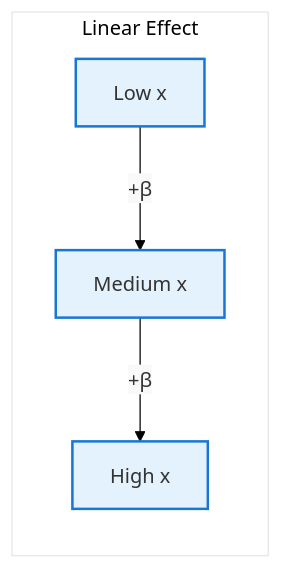
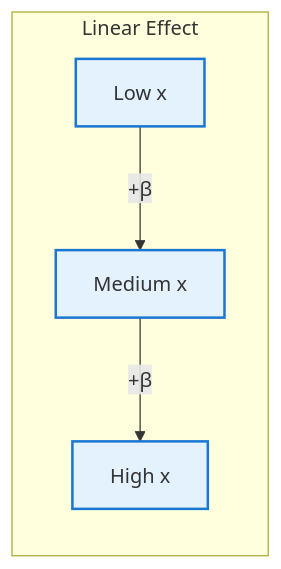
The second of 4 diagrams in 2025-VisML-CSE/slides/week5-white-box.qmd (ctsilva/ctsilva.github.io), drawn with Mermaid before and after one commit. The commit also changed other lines of this file and 1 other file, not shown here.

First line of the commit message:
Fix mermaid diagrams and improve Week 5 white-box slides

````diff
--- a/2025-VisML-CSE/slides/week5-white-box.qmd
+++ b/2025-VisML-CSE/slides/week5-white-box.qmd
@@ -431,11 +486,10 @@
 ```{mermaid}
-%%{init: {'theme':'base', 'themeVariables': { 'primaryColor':'#f9f9f9', 'primaryBorderColor':'#333', 'primaryTextColor':'#333', 'background':'#ffffff', 'subgraph':'#f0f0f0'}}}%%
 graph LR
     subgraph "Linear Effect"
         A[Low x] -->|"+β"| B[Medium x] -->|"+β"| C[High x]
     end
 
     style A fill:#e3f2fd,stroke:#1976d2,stroke-width:2px
     style B fill:#e3f2fd,stroke:#1976d2,stroke-width:2px
     style C fill:#e3f2fd,stroke:#1976d2,stroke-width:2px
 ```
````
